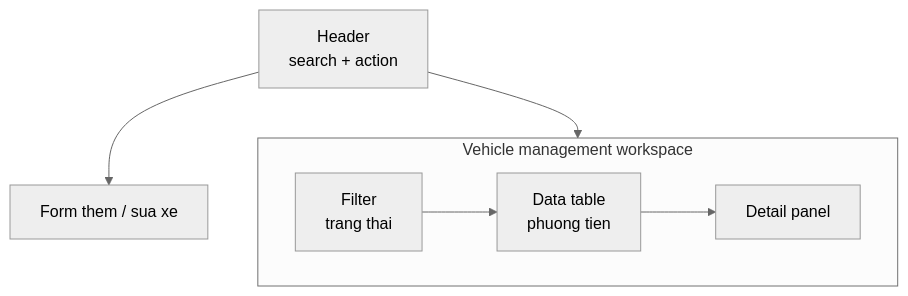
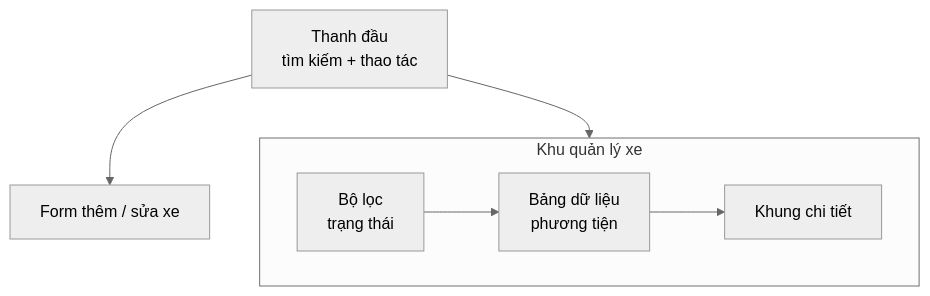
Before and after one commit to anmh1205/IoT_Vehicle_Tracking_System: the diagram in resources/reports/thesis/final/assets/uml/09-chuong-4-trien-khai-cloud-hinh-4-21.mmd, drawn with Mermaid (neutral theme). The commit also changed 209 other files, not shown here.

```diff
--- a/resources/reports/thesis/final/assets/uml/09-chuong-4-trien-khai-cloud-hinh-4-21.mmd
+++ b/resources/reports/thesis/final/assets/uml/09-chuong-4-trien-khai-cloud-hinh-4-21.mmd
@@ -1,16 +1,19 @@
 flowchart TB
-    Header["Header<br/>search + action"]
+    Header["Thanh đầu
+tìm kiếm + thao tác"]
 
-    subgraph Workspace["Vehicle management workspace"]
+    subgraph Workspace["Khu quản lý xe"]
         direction LR
-        Filter["Filter<br/>trang thai"]
-        Table["Data table<br/>phuong tien"]
-        Detail["Detail panel"]
+        Filter["Bộ lọc
+trạng thái"]
+        Table["Bảng dữ liệu
+phương tiện"]
+        Detail["Khung chi tiết"]
     end
 
-    Form["Form them / sua xe"]
+    Form["Form thêm / sửa xe"]
 
     Header --> Filter
     Filter --> Table
     Table --> Detail
     Header --> Form
```
